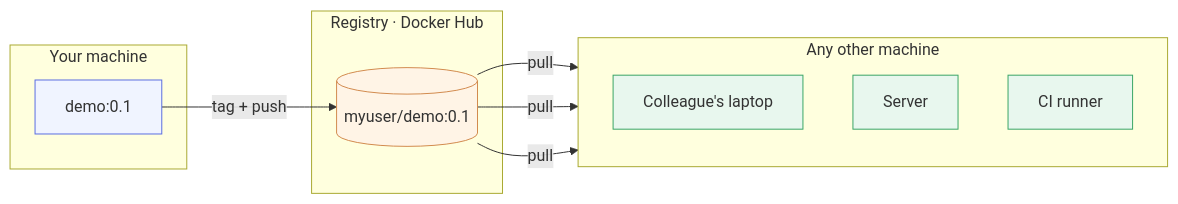
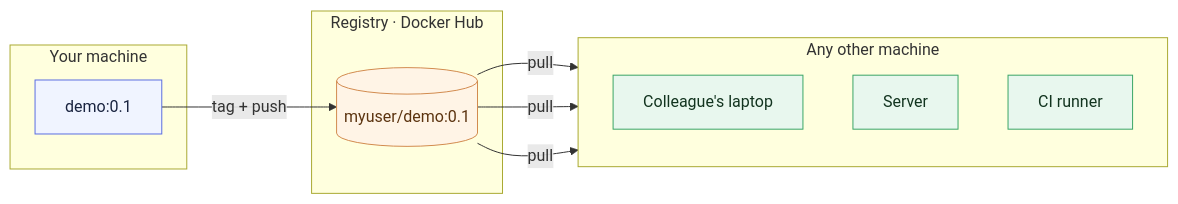
Before and after one commit to LinkedInLearning/docker-for-local-ai-app-development-build-lightweight-containerized-ai-applications-11189001: the diagram in chapter_2/l4/README.md, drawn with Mermaid. The commit also changed 25 other files, not shown here.

````diff
--- a/chapter_2/l4/README.md
+++ b/chapter_2/l4/README.md
@@ -95,28 +95,28 @@
 ```mermaid
 flowchart LR
     subgraph Local["Your machine"]
         IMG[demo:0.1]
     end
     subgraph Reg["Registry · Docker Hub"]
         REPO[(myuser/demo:0.1)]
     end
     subgraph Others["Any other machine"]
         direction TB
         C1[Colleague's laptop]
         S1[Server]
         CI[CI runner]
     end
 
     IMG -- "tag + push" --> REPO
     REPO -- pull --> C1
     REPO -- pull --> S1
     REPO -- pull --> CI
 
-    classDef local fill:#f0f4ff,stroke:#5b6ee1,stroke-width:1px;
-    classDef reg   fill:#fff4e6,stroke:#d28b4f,stroke-width:1px;
-    classDef other fill:#e8f7ee,stroke:#3aa667,stroke-width:1px;
+    classDef local fill:#f0f4ff,stroke:#5b6ee1,stroke-width:1px,color:#1a2440;
+    classDef reg   fill:#fff4e6,stroke:#d28b4f,stroke-width:1px,color:#5c3410;
+    classDef other fill:#e8f7ee,stroke:#3aa667,stroke-width:1px,color:#12341f;
 
     class IMG local
     class REPO reg
     class C1,S1,CI other
 ```
````
